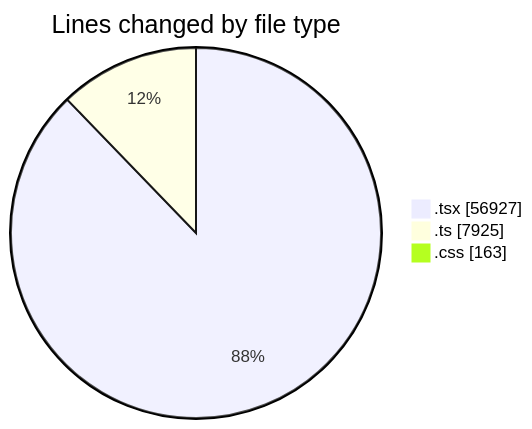
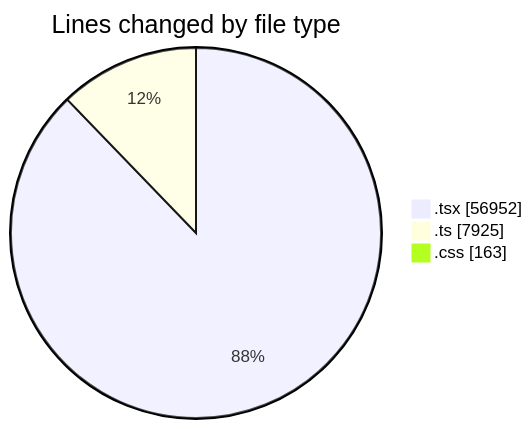
One commit to nxtqubesakshisongat/code-tracking changed the first of 2 diagrams in 2026-08-23/nxtqube_webapp/README.md. Above: the diagram before and after it, drawn with Mermaid. The commit also changed other lines of this file and 1 other file, not shown here.

````diff
--- a/2026-08-23/nxtqube_webapp/README.md
+++ b/2026-08-23/nxtqube_webapp/README.md
@@ -123,7 +124,7 @@
 ```mermaid
 pie showData
 title Lines changed by file type
-".tsx" : 56927
+".tsx" : 56952
 ".ts" : 7925
 ".css" : 163
 ```
````
